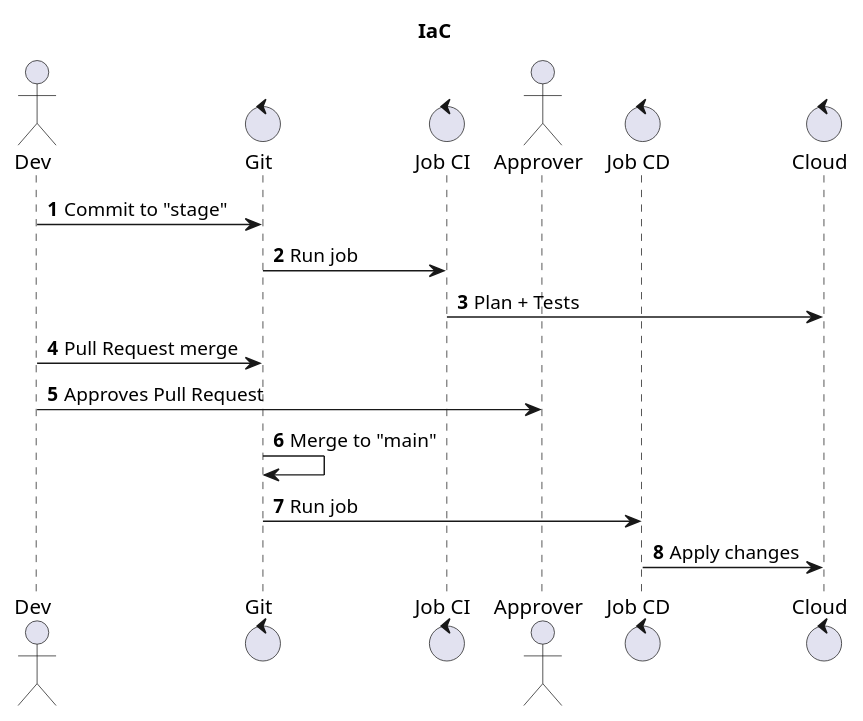
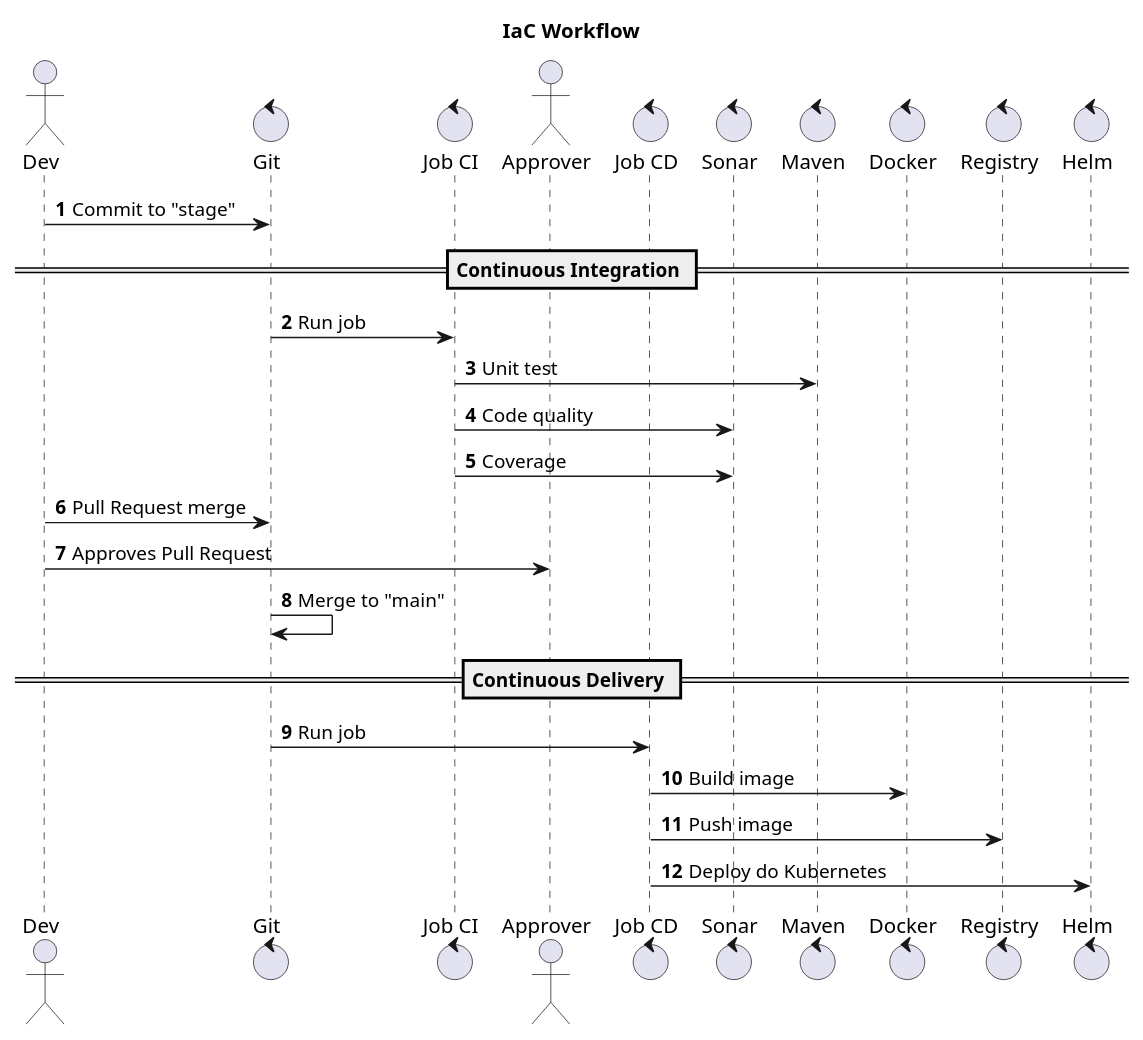
One commit to acnaweb/gitops changed the diagram in docs/src/iac-automation.wsd. Above: the diagram before and after it, drawn with PlantUML. The commit also changed 1 other file, not shown here.

```diff
--- a/docs/src/iac-automation.wsd
+++ b/docs/src/iac-automation.wsd
@@ -1,24 +1,39 @@
 @startuml
 
 autonumber
 skinparam maxMessageSize 200
 
-title IaC
+title IaC Workflow
+
 
 actor "Dev" as dev
 control "Git" as git
 control "Job CI" as job_ci
 actor "Approver" as approver
 control "Job CD" as job_cd
-control "Cloud" as cloud
+control "Sonar" as quality
+control "Maven" as test
+control "Docker" as container
+control "Registry" as registry
+control "Helm" as chart
 
 dev -> git : Commit to "stage"
+
+== Continuous Integration ==
+
 git -> job_ci : Run job
-job_ci -> cloud : Plan + Tests
+job_ci -> test : Unit test
+job_ci -> quality : Code quality
+job_ci -> quality : Coverage
 dev -> git : Pull Request merge
 dev -> approver : Approves Pull Request 
 git -> git : Merge to "main"
+
+== Continuous Delivery ==
+
 git -> job_cd : Run job
-job_cd -> cloud : Apply changes
+job_cd -> container : Build image
+job_cd -> registry : Push image
+job_cd -> chart : Deploy do Kubernetes
 
 @end
```
